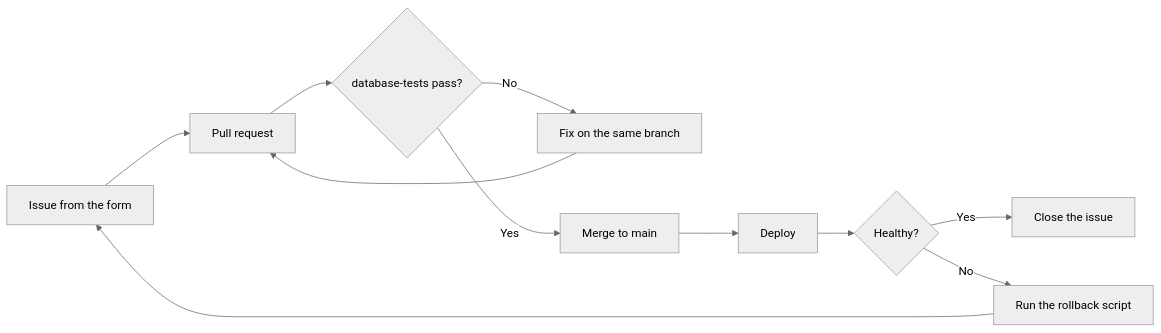
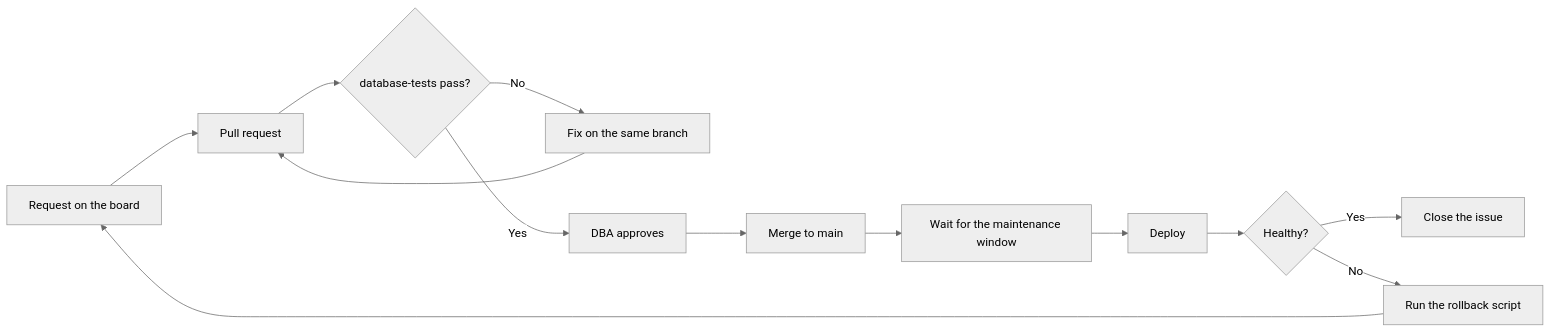
Before and after one commit to amyabelsql/DayOfData_Portland_2026: the diagram in 03_DocsWikiMermaid/wiki/Deployment-Runbook.md, drawn with Mermaid (neutral theme). The commit also changed other lines of this file and 35 other files, not shown here.

````diff
--- a/03_DocsWikiMermaid/wiki/Deployment-Runbook.md
+++ b/03_DocsWikiMermaid/wiki/Deployment-Runbook.md
@@ -5,11 +5,13 @@
 ```mermaid
 flowchart LR
-    I[Issue from the form] --> P[Pull request]
+    I[Request on the board] --> P[Pull request]
     P --> T{database-tests pass?}
     T -- No --> F[Fix on the same branch] --> P
-    T -- Yes --> M[Merge to main]
-    M --> D[Deploy]
+    T -- Yes --> V[DBA approves]
+    V --> M[Merge to main]
+    M --> W[Wait for the maintenance window]
+    W --> D[Deploy]
     D --> C{Healthy?}
     C -- Yes --> Done[Close the issue]
     C -- No --> R[Run the rollback script] --> I
 ```
````
